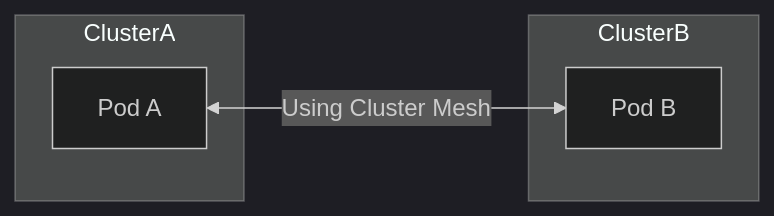
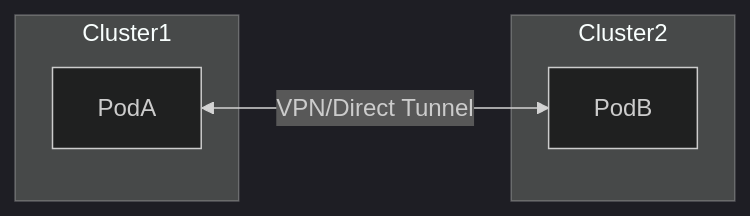
The seventh of 7 diagrams in proposals/LFX_Mentorship_Proposal.md (Dev10-sys/cilium-pillar-pages-proposal), drawn with Mermaid (dark theme) before and after one commit. The commit also changed other lines of this file, not shown here.

Commit message:
Expand local proposal with full 8-pillar technical breakdown and Mermaid diagrams

````diff
--- a/proposals/LFX_Mentorship_Proposal.md
+++ b/proposals/LFX_Mentorship_Proposal.md
@@ -390,10 +335,10 @@
 ```mermaid
 flowchart LR
-    subgraph ClusterA
-        PodA[Pod A]
+    subgraph Cluster1
+        PodA
     end
-    subgraph ClusterB
-        PodB[Pod B]
+    subgraph Cluster2
+        PodB
     end
-    PodA <-->|Using Cluster Mesh| PodB
+    PodA <-->|VPN/Direct Tunnel| PodB
 ```
````
